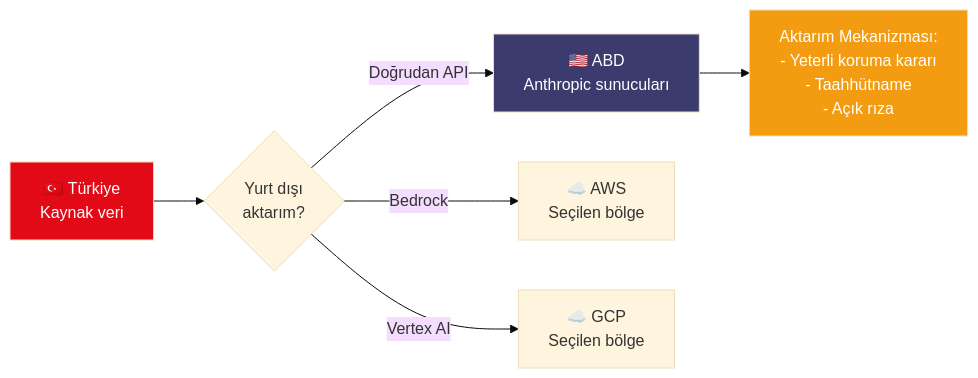
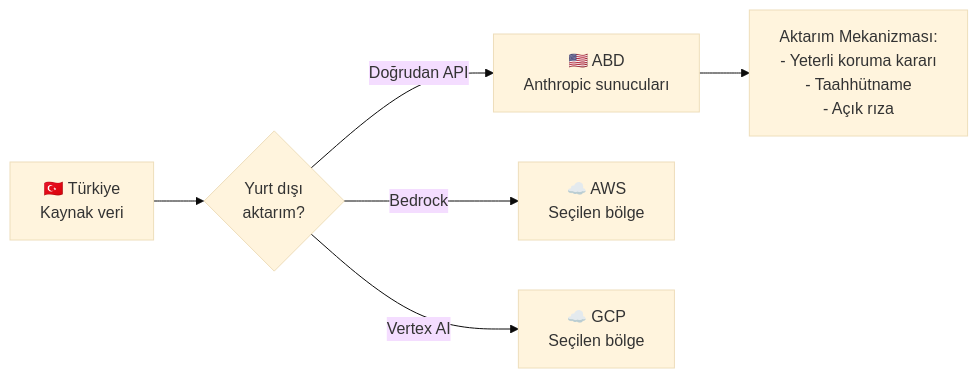
The sixth of 8 diagrams in 18-kurumsal-kullanim/09-yasal-uyumluluk.md (IzzetYasinAtes/ClaudeCodeHandbook), drawn with Mermaid (base theme) before and after one commit. The commit also changed other lines of this file and 97 other files, not shown here.

Commit message:
Remove all custom Mermaid style/fill colors from 98 markdown files for consistent dark theme rendering

````diff
--- a/18-kurumsal-kullanim/09-yasal-uyumluluk.md
+++ b/18-kurumsal-kullanim/09-yasal-uyumluluk.md
@@ -186,13 +171,10 @@
 ```mermaid
 flowchart LR
     TR["🇹🇷 Türkiye<br/>Kaynak veri"] --> TRANSFER{"Yurt dışı<br/>aktarım?"}
     TRANSFER -->|"Doğrudan API"| US["🇺🇸 ABD<br/>Anthropic sunucuları"]
     TRANSFER -->|"Bedrock"| AWS_REGION["☁️ AWS<br/>Seçilen bölge"]
     TRANSFER -->|"Vertex AI"| GCP_REGION["☁️ GCP<br/>Seçilen bölge"]
 
     US --> MECHANISM["Aktarım Mekanizması:<br/>- Yeterli koruma kararı<br/>- Taahhütname<br/>- Açık rıza"]
 
-    style TR fill:#E30A17,color:#fff
-    style US fill:#3C3B6E,color:#fff
-    style MECHANISM fill:#F39C12,color:#fff
 ```
````
